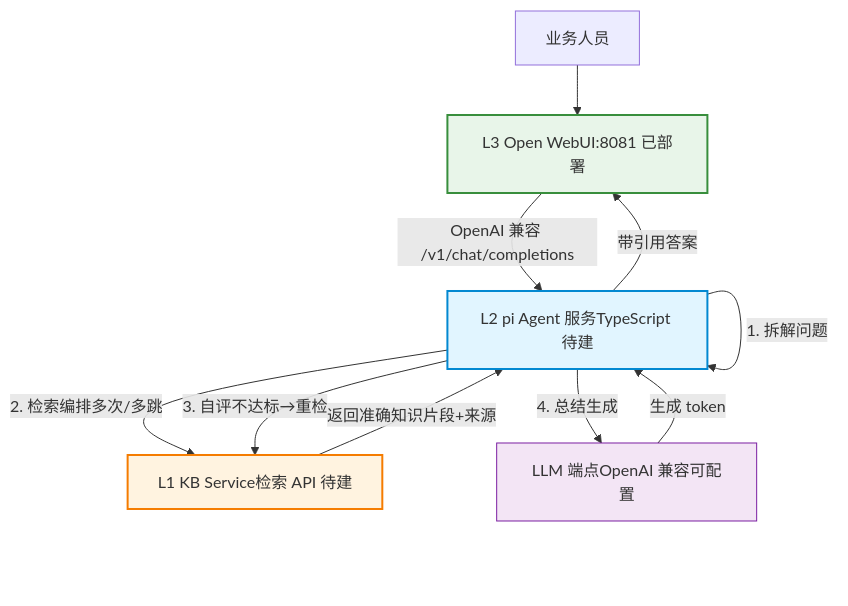
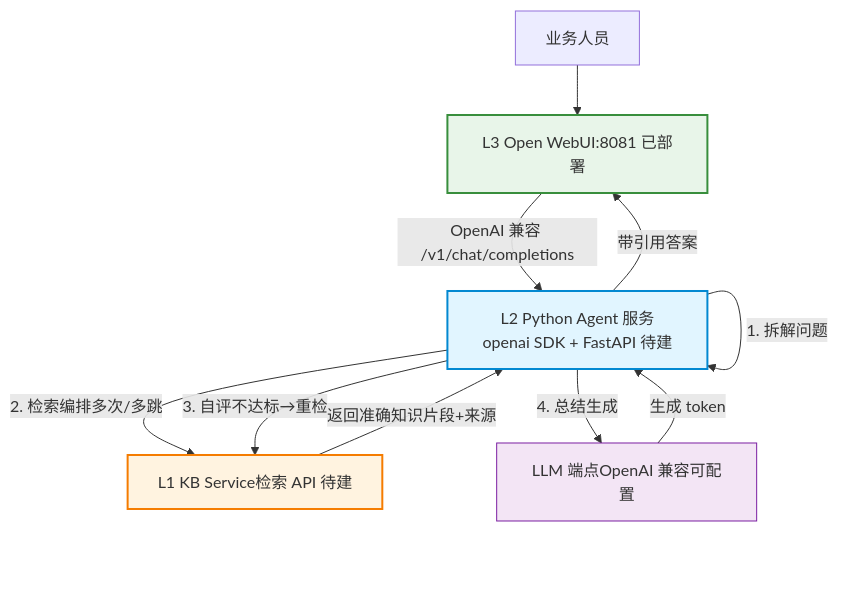
The first of 5 diagrams in docs/architecture_3layer.md (Laughingtt/kb-retrieval-sys), drawn with Mermaid before and after one commit. The commit also changed other lines of this file and 2 other files, not shown here.

First line of the commit message:
docs(m5): L2 Python Agent 设计 + 约束文档迁移至 Python 方案

````diff
--- a/docs/architecture_3layer.md
+++ b/docs/architecture_3layer.md
@@ -20,19 +20,19 @@
 ```mermaid
 flowchart TD
     U[业务人员] --> UI["L3 Open WebUI:8081 已部署"]
 
-    UI -->|OpenAI 兼容 /v1/chat/completions| AG["L2 pi Agent 服务TypeScript 待建"]
+    UI -->|OpenAI 兼容 /v1/chat/completions| AG["L2 Python Agent 服务openai SDK + FastAPI 待建"]
 
     AG -->|1. 拆解问题| AG
     AG -->|2. 检索编排多次/多跳| KB["L1 KB Service检索 API 待建"]
     KB -->|返回准确知识片段+来源| AG
     AG -->|3. 自评不达标→重检| KB
     AG -->|4. 总结生成| GW["LLM 端点OpenAI 兼容可配置"]
     GW -->|生成 token| AG
     AG -->|带引用答案| UI
 
     style UI fill:#e8f5e9,stroke:#388e3c,stroke-width:2px
     style AG fill:#e1f5ff,stroke:#0288d1,stroke-width:2px
     style KB fill:#fff3e0,stroke:#f57c00,stroke-width:2px
     style GW fill:#f3e5f5,stroke:#7b1fa2
 ```
````
